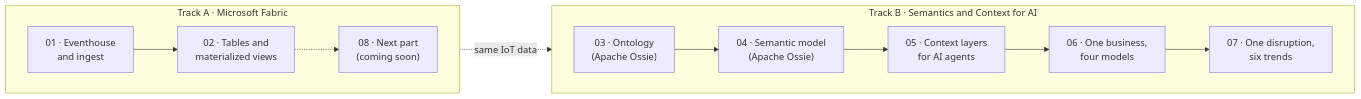
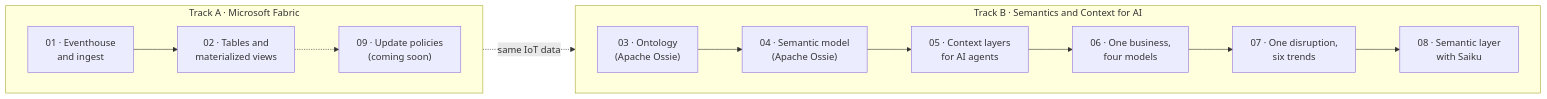
One commit to aniket-work/data-for-ai changed the diagram in README.md. Above: the diagram before and after it, drawn with Mermaid. The commit also changed other lines of this file and 32 other files, not shown here.

First line of the commit message:
08: semantic layer hands-on with Saiku

````diff
--- a/README.md
+++ b/README.md
@@ -71,12 +71,12 @@
 ```mermaid
 flowchart LR
     subgraph A["Track A · Microsoft Fabric"]
         direction LR
-        A1["01 · Eventhouse<br/>and ingest"] --> A2["02 · Tables and<br/>materialized views"] -.-> A3["08 · Next part<br/>(coming soon)"]
+        A1["01 · Eventhouse<br/>and ingest"] --> A2["02 · Tables and<br/>materialized views"] -.-> A3["09 · Update policies<br/>(coming soon)"]
     end
     subgraph B["Track B · Semantics and Context for AI"]
         direction LR
-        B1["03 · Ontology<br/>(Apache Ossie)"] --> B2["04 · Semantic model<br/>(Apache Ossie)"] --> B3["05 · Context layers<br/>for AI agents"] --> B4["06 · One business,<br/>four models"] --> B5["07 · One disruption,<br/>six trends"]
+        B1["03 · Ontology<br/>(Apache Ossie)"] --> B2["04 · Semantic model<br/>(Apache Ossie)"] --> B3["05 · Context layers<br/>for AI agents"] --> B4["06 · One business,<br/>four models"] --> B5["07 · One disruption,<br/>six trends"] --> B6["08 · Semantic layer<br/>with Saiku"]
     end
     A1 -. "same IoT data" .-> B1
 ```
````
